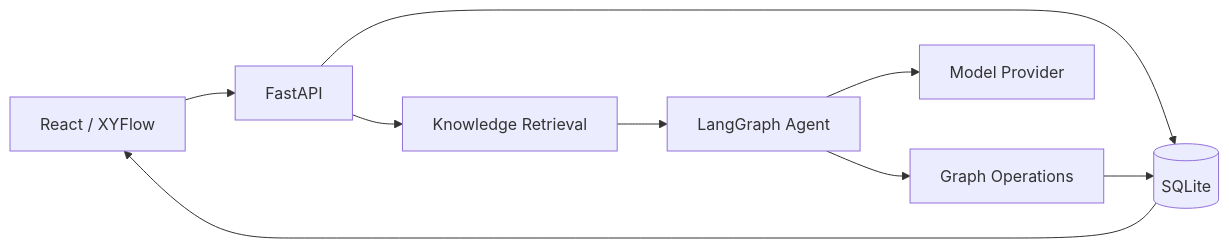
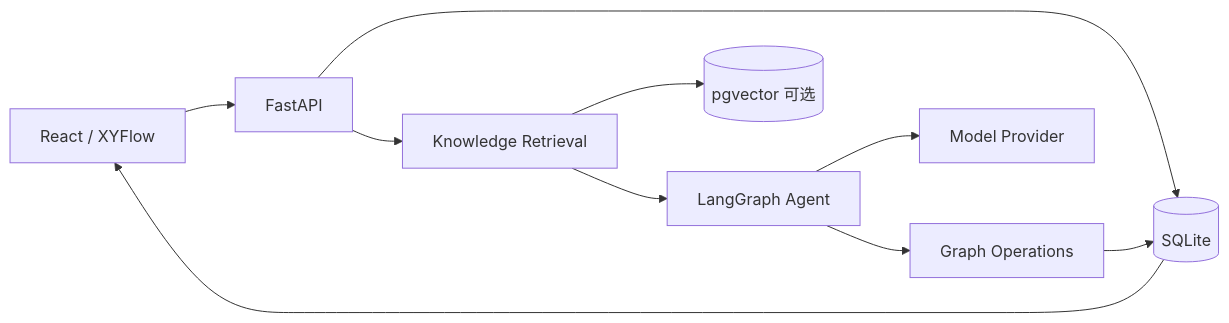
The first of 2 diagrams in AGENT.md (izcw/NodeCanvas), drawn with Mermaid before and after one commit. The commit also changed other lines of this file and 22 other files, not shown here.

````diff
--- a/AGENT.md
+++ b/AGENT.md
@@ -7,11 +7,12 @@
 ```mermaid
 flowchart LR
     UI[React / XYFlow] --> API[FastAPI]
     API --> Repository[(SQLite)]
     API --> Retrieval[Knowledge Retrieval]
+    Retrieval --> Vector[(pgvector 可选)]
     Retrieval --> LG[LangGraph Agent]
     LG --> Provider[Model Provider]
     LG --> Ops[Graph Operations]
     Ops --> Repository
     Repository --> UI
 ```
````
